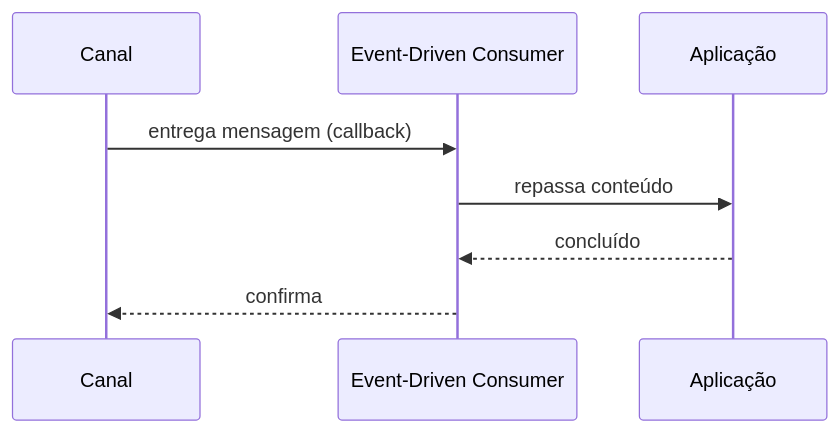
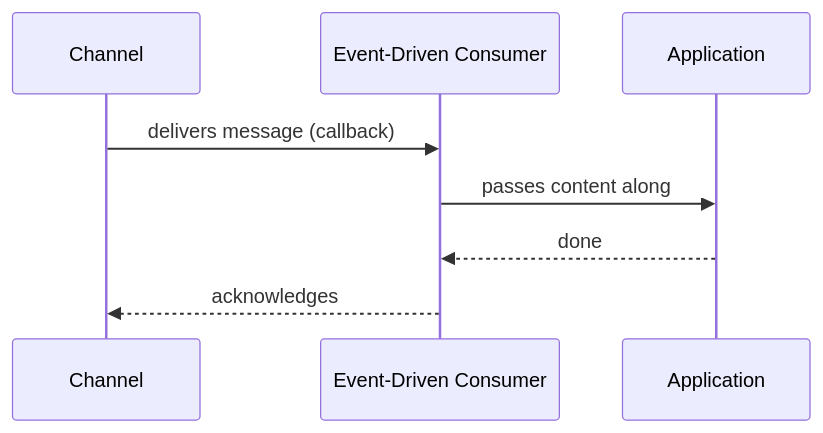
One commit to alancesar/design-patterns changed the diagram in docs/architecture/eip/messaging-endpoints/event-driven-consumer.md. Above: the diagram before and after it, drawn with Mermaid. The commit also changed 258 other files, not shown here.

First line of the commit message:
Translate Mermaid diagrams to English

````diff
--- a/docs/architecture/eip/messaging-endpoints/event-driven-consumer.md
+++ b/docs/architecture/eip/messaging-endpoints/event-driven-consumer.md
@@ -50,10 +50,10 @@
 ```mermaid
 sequenceDiagram
-    participant C as Canal
+    participant C as Channel
     participant E as Event-Driven Consumer
-    participant A as Aplicação
-    C->>E: entrega mensagem (callback)
-    E->>A: repassa conteúdo
-    A-->>E: concluído
-    E-->>C: confirma
+    participant A as Application
+    C->>E: delivers message (callback)
+    E->>A: passes content along
+    A-->>E: done
+    E-->>C: acknowledges
 ```
````
